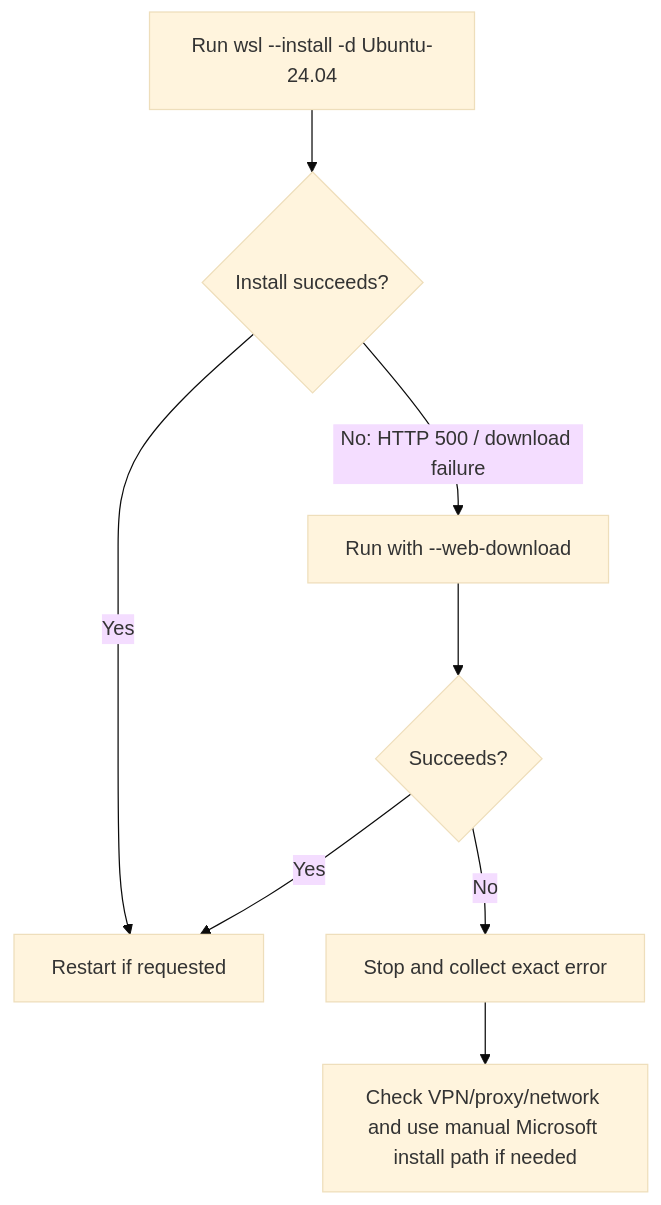
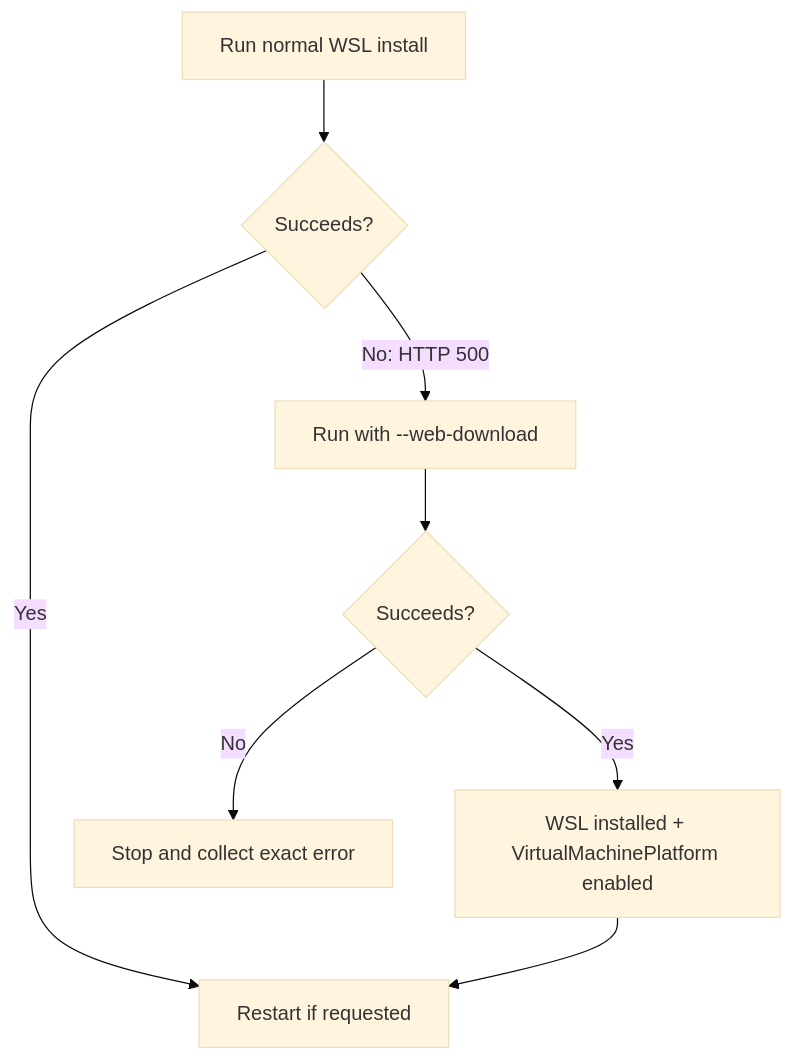
Before and after one commit to DashSaman/-SEO: the diagram in growth-os/troubleshooting/INC-WSL2-0001-HTTP-500.md, drawn with Mermaid (base theme). The commit also changed other lines of this file, not shown here.

Commit message:
docs: update WSL HTTP 500 incident after successful retry

````diff
--- a/growth-os/troubleshooting/INC-WSL2-0001-HTTP-500.md
+++ b/growth-os/troubleshooting/INC-WSL2-0001-HTTP-500.md
@@ -32,10 +32,10 @@
 ```mermaid
 flowchart TD
-    A[Run wsl --install -d Ubuntu-24.04] --> B{Install succeeds?}
+    A[Run normal WSL install] --> B{Succeeds?}
     B -->|Yes| C[Restart if requested]
-    B -->|No: HTTP 500 / download failure| D[Run with --web-download]
+    B -->|No: HTTP 500| D[Run with --web-download]
     D --> E{Succeeds?}
-    E -->|Yes| C
-    E -->|No| F[Stop and collect exact error]
-    F --> G[Check VPN/proxy/network and use manual Microsoft install path if needed]
+    E -->|Yes| F[WSL installed + VirtualMachinePlatform enabled]
+    F --> C
+    E -->|No| G[Stop and collect exact error]
 ```
````
